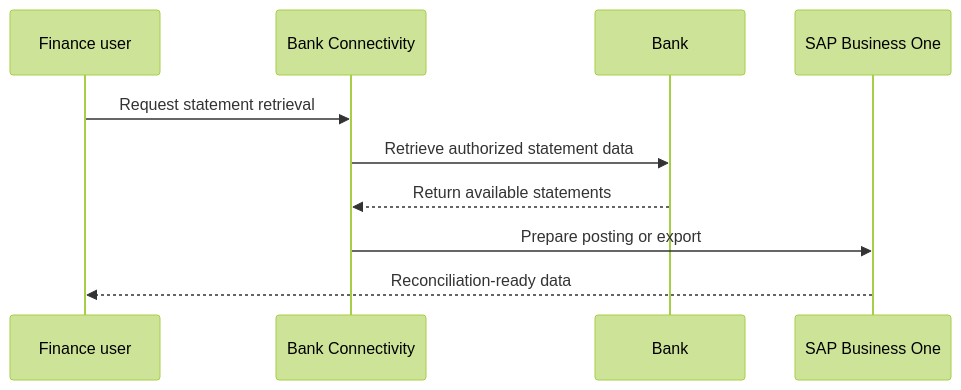
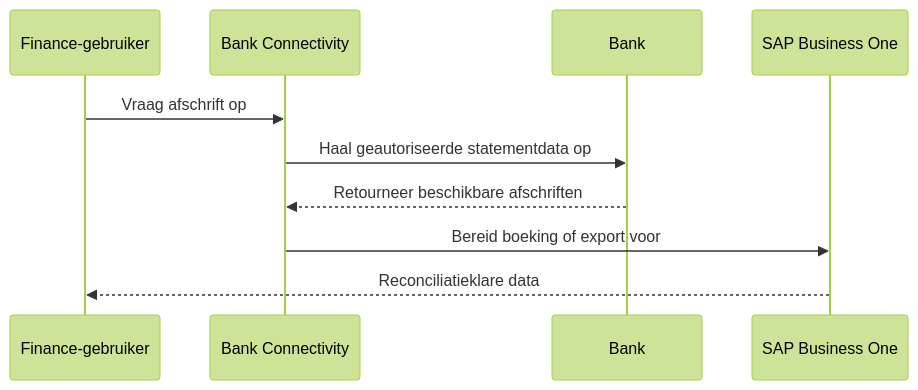
The diagram in finance-integration/bank-connectivity/retrieve-bank-statements.md (gitbook-demo-sites/aiden-demo-site-20260625), drawn with Mermaid (forest theme) before and after one commit. The commit also changed other lines of this file and 32 other files, not shown here.

````diff
--- a/finance-integration/bank-connectivity/retrieve-bank-statements.md
+++ b/finance-integration/bank-connectivity/retrieve-bank-statements.md
@@ -12,12 +10,12 @@
 ```mermaid
 sequenceDiagram
-    participant User as Finance user
+    participant User as Finance-gebruiker
     participant Aiden as Bank Connectivity
     participant Bank as Bank
     participant SAP as SAP Business One
-    User->>Aiden: Request statement retrieval
-    Aiden->>Bank: Retrieve authorized statement data
-    Bank-->>Aiden: Return available statements
-    Aiden->>SAP: Prepare posting or export
-    SAP-->>User: Reconciliation-ready data
+    User->>Aiden: Vraag afschrift op
+    Aiden->>Bank: Haal geautoriseerde statementdata op
+    Bank-->>Aiden: Retourneer beschikbare afschriften
+    Aiden->>SAP: Bereid boeking of export voor
+    SAP-->>User: Reconciliatieklare data
 ```
````
